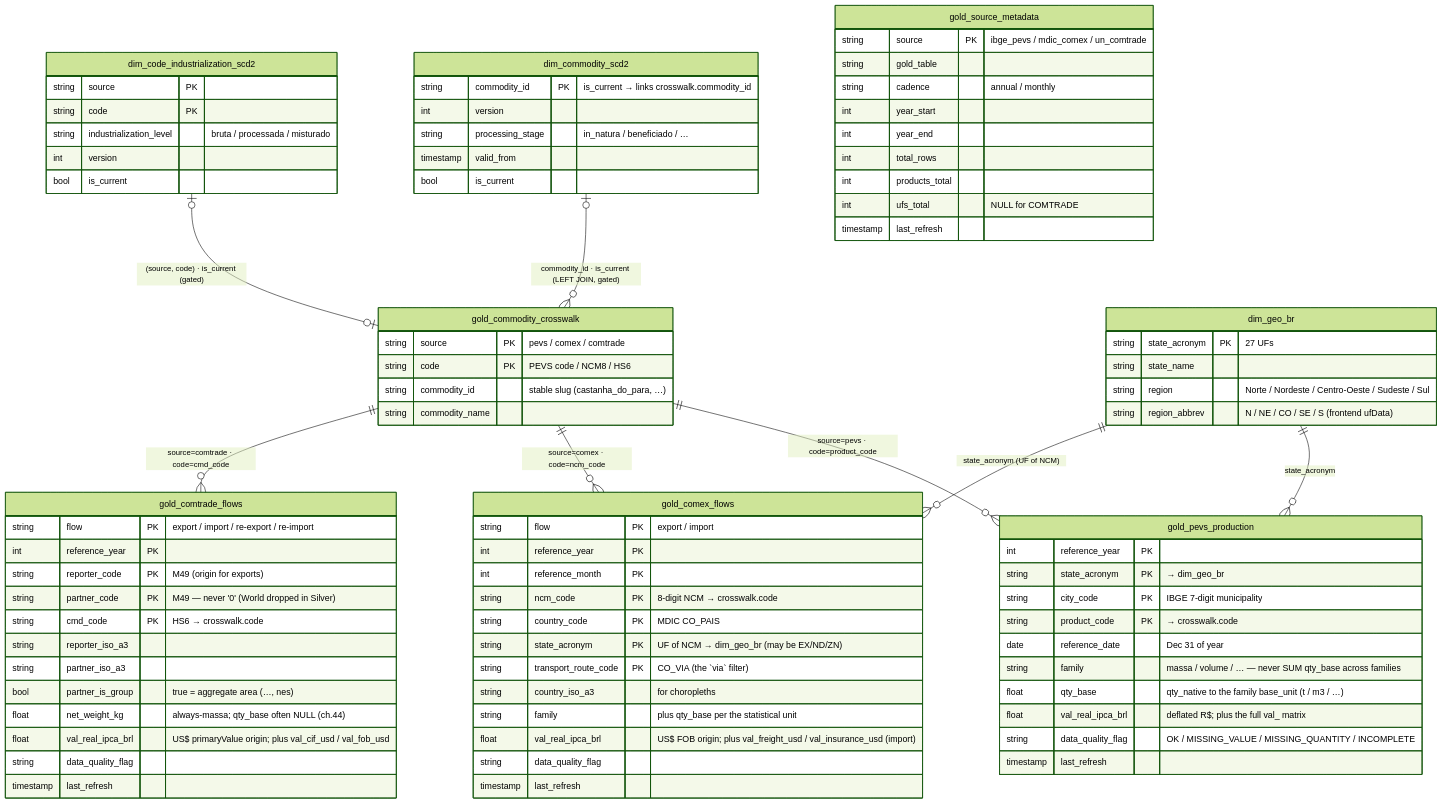
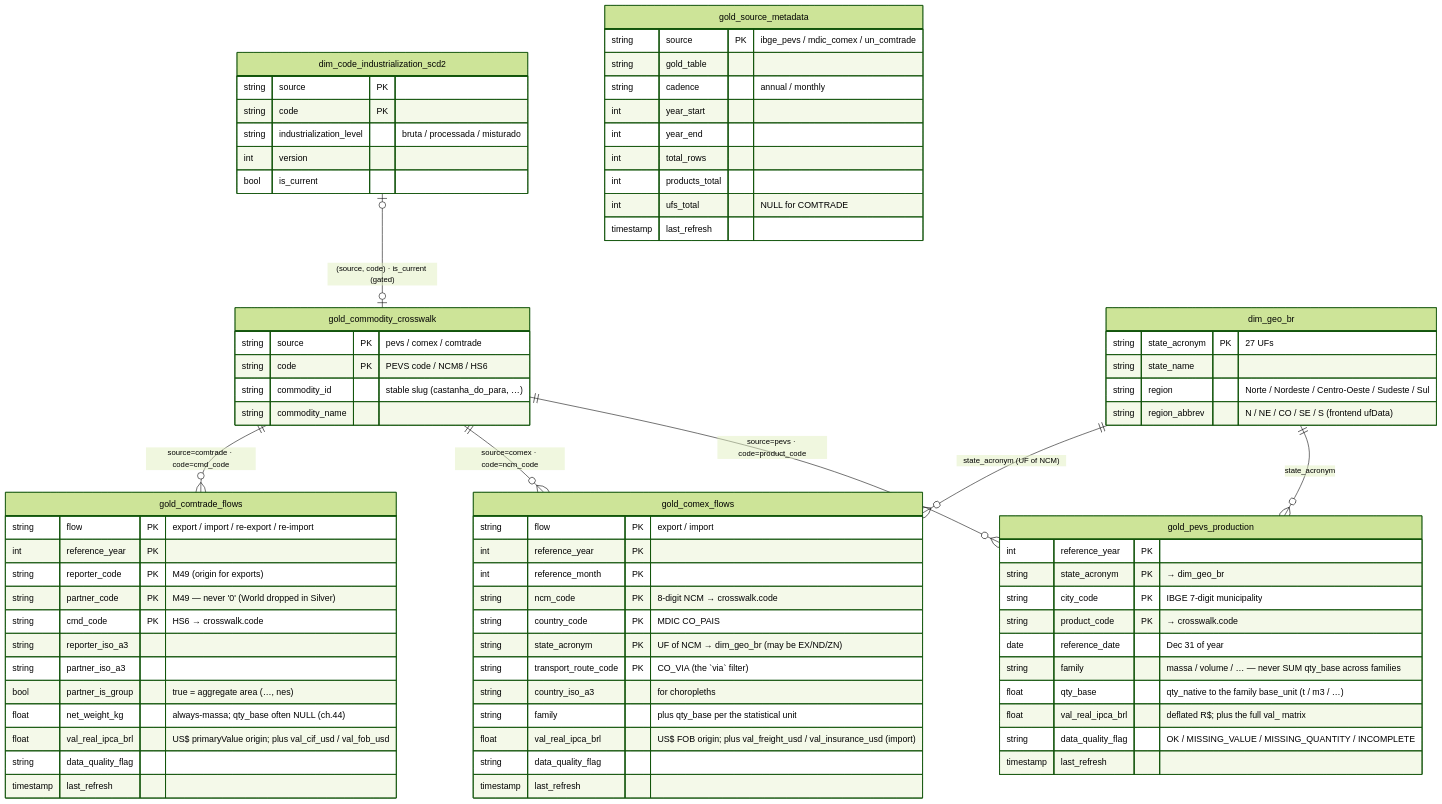
One commit to igorrflorentino/embrapa-dashboard-produtos-agricolas changed the first of 2 diagrams in docs/gold_data_model.md. Above: the diagram before and after it, drawn with Mermaid (forest theme). The commit also changed other lines of this file and 140 other files, not shown here.

```diff
--- a/docs/gold_data_model.md
+++ b/docs/gold_data_model.md
@@ -20,7 +20,6 @@
     gold_commodity_crosswalk ||--o{ gold_comtrade_flows  : "source=comtrade · code=cmd_code"
     dim_geo_br               ||--o{ gold_pevs_production : "state_acronym"
     dim_geo_br               ||--o{ gold_comex_flows     : "state_acronym (UF of NCM)"
-    dim_commodity_scd2               |o--o{ gold_commodity_crosswalk : "commodity_id · is_current (LEFT JOIN, gated)"
     dim_code_industrialization_scd2  |o--o| gold_commodity_crosswalk : "(source, code) · is_current (gated)"
 
     gold_pevs_production {
@@ -75,13 +74,6 @@
         string   region                 "Norte / Nordeste / Centro-Oeste / Sudeste / Sul"
         string   region_abbrev          "N / NE / CO / SE / S (frontend ufData)"
     }
-    dim_commodity_scd2 {
-        string   commodity_id       PK "is_current → links crosswalk.commodity_id"
-        int      version
-        string   processing_stage       "in_natura / beneficiado / …"
-        timestamp valid_from
-        bool     is_current
-    }
     dim_code_industrialization_scd2 {
         string   source             PK
         string   code               PK
```
